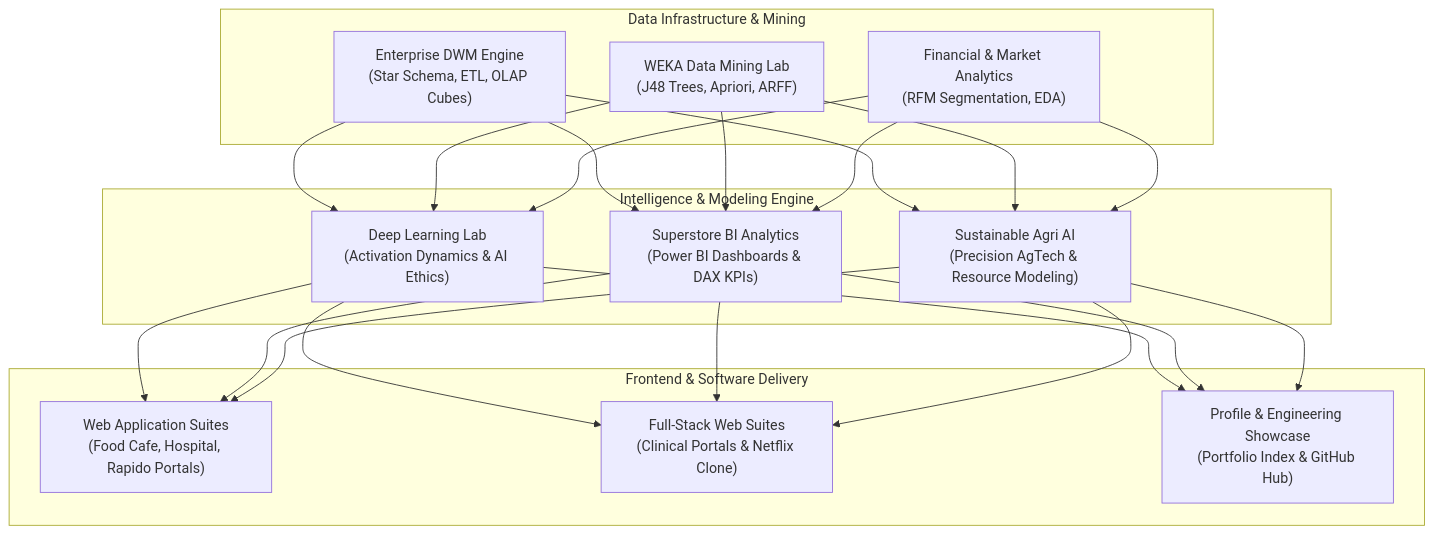
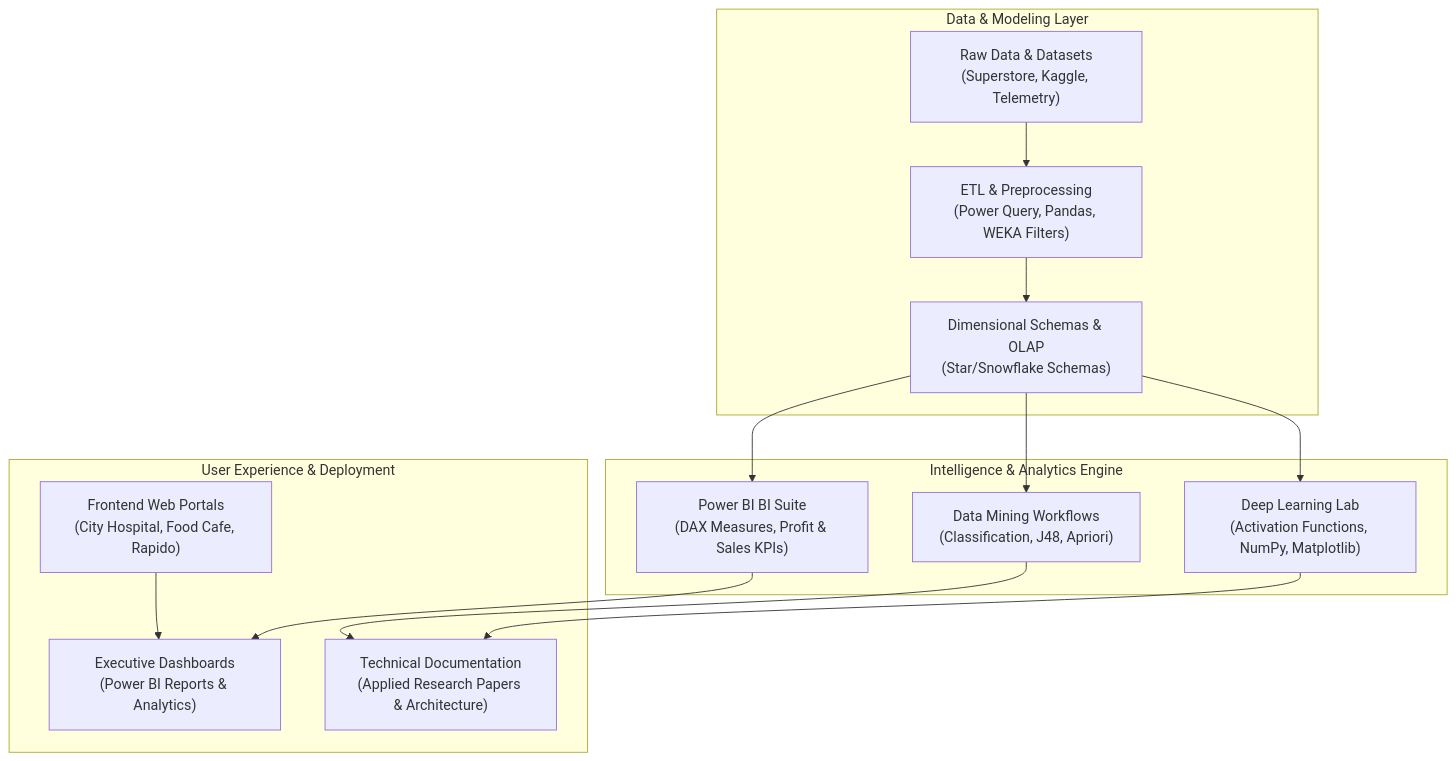
Before and after one commit to akashvenkey/Akash-v: the diagram in README.md, drawn with Mermaid. The commit also changed other lines of this file, not shown here.

````diff
--- a/README.md
+++ b/README.md
@@ -49,23 +252,27 @@
 ```mermaid
 flowchart TD
-    subgraph Data_Systems["Data Infrastructure & Mining"]
-        A1["Enterprise DWM Engine<br/>(Star Schema, ETL, OLAP Cubes)"]
-        A2["WEKA Data Mining Lab<br/>(J48 Trees, Apriori, ARFF)"]
-        A3["Financial & Market Analytics<br/>(RFM Segmentation, EDA)"]
+    subgraph Data_Layer["Data & Modeling Layer"]
+        A1["Raw Data & Datasets<br/>(Superstore, Kaggle, Telemetry)"] --> A2["ETL & Preprocessing<br/>(Power Query, Pandas, WEKA Filters)"]
+        A2 --> A3["Dimensional Schemas & OLAP<br/>(Star/Snowflake Schemas)"]
     end
 
-    subgraph Intelligence_Layer["Intelligence & Modeling Engine"]
-        B1["Deep Learning Lab<br/>(Activation Dynamics & AI Ethics)"]
-        B2["Superstore BI Analytics<br/>(Power BI Dashboards & DAX KPIs)"]
-        B3["Sustainable Agri AI<br/>(Precision AgTech & Resource Modeling)"]
+    subgraph Intelligence_Layer["Intelligence & Analytics Engine"]
+        B1["Deep Learning Lab<br/>(Activation Functions, NumPy, Matplotlib)"]
+        B2["Power BI BI Suite<br/>(DAX Measures, Profit & Sales KPIs)"]
+        B3["Data Mining Workflows<br/>(Classification, J48, Apriori)"]
     end
 
-    subgraph Application_Layer["Frontend & Software Delivery"]
-        C1["Web Application Suites<br/>(Food Cafe, Hospital, Rapido Portals)"]
-        C2["Full-Stack Web Suites<br/>(Clinical Portals & Netflix Clone)"]
-        C3["Profile & Engineering Showcase<br/>(Portfolio Index & GitHub Hub)"]
+    subgraph Presentation_Layer["User Experience & Deployment"]
+        C1["Frontend Web Portals<br/>(City Hospital, Food Cafe, Rapido)"]
+        C2["Executive Dashboards<br/>(Power BI Reports & Analytics)"]
+        C3["Technical Documentation<br/>(Applied Research Papers & Architecture)"]
     end
 
-    A1 & A2 & A3 --> B1 & B2 & B3
-    B1 & B2 & B3 --> C1 & C2 & C3
+    A3 --> B1
+    A3 --> B2
+    A3 --> B3
+    B1 --> C3
+    B2 --> C2
+    B3 --> C3
+    C1 --> C2
 ```
````
